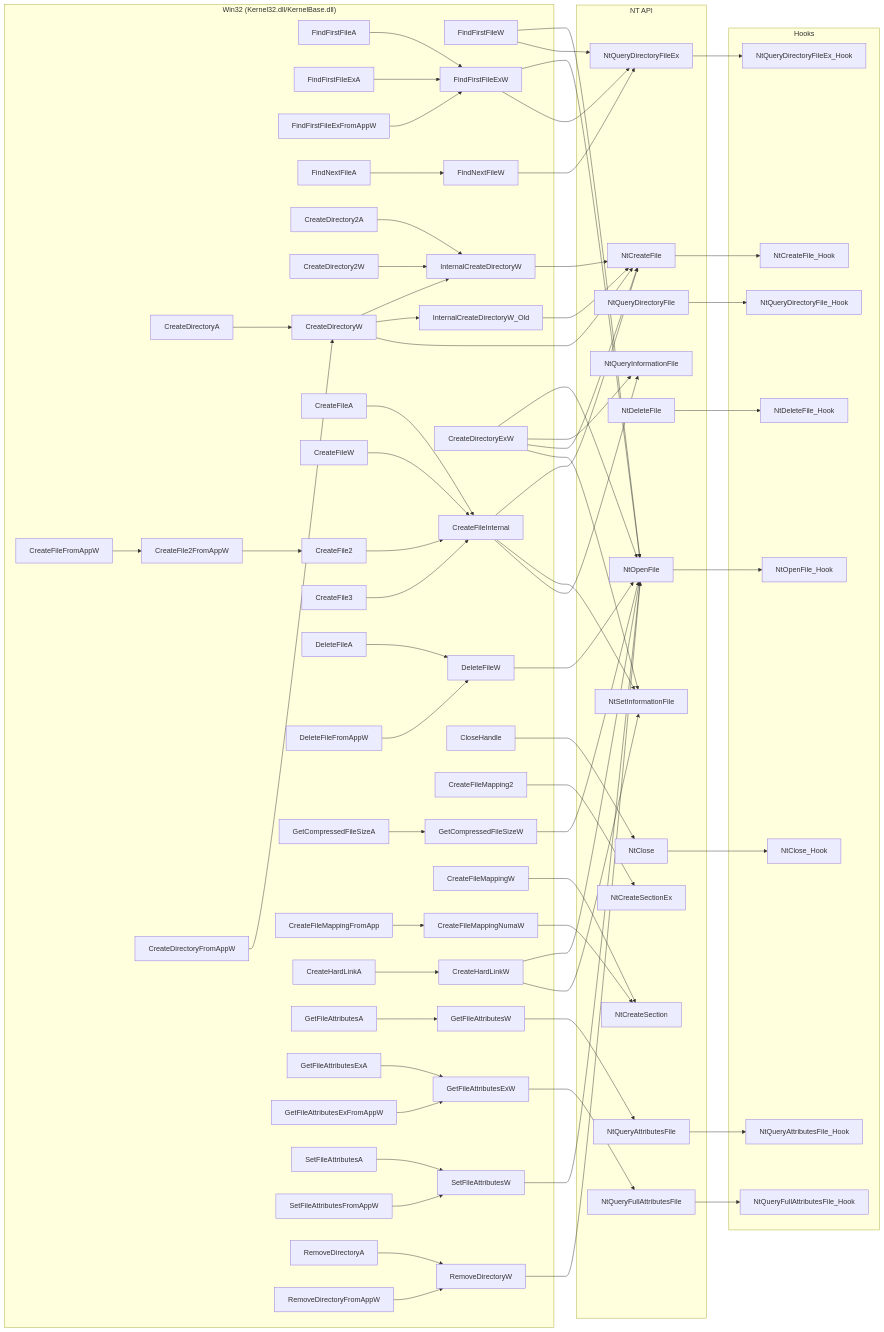
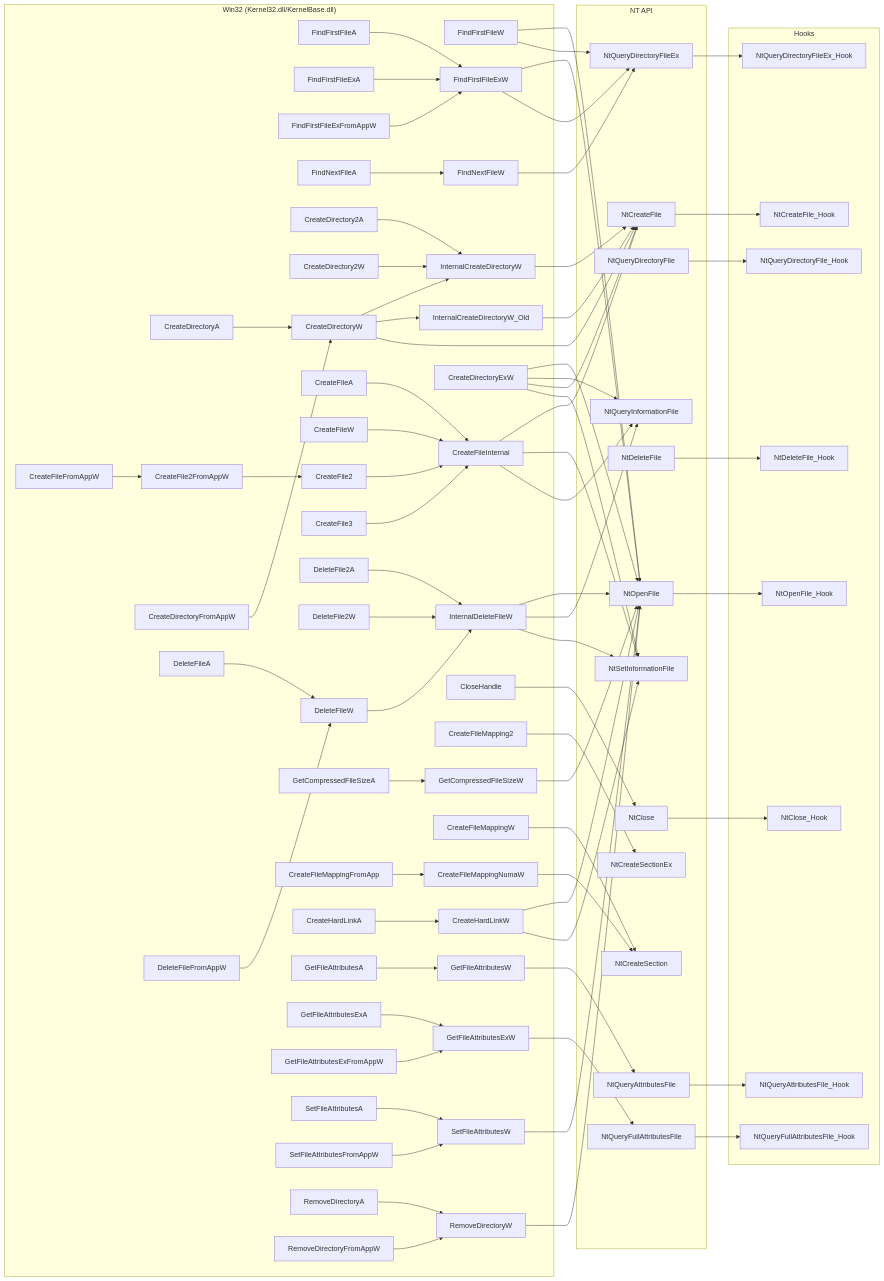
Before and after one commit to Sewer56/vfs-writeup: the diagram in docs/index.md, drawn with Mermaid. The commit also changed other lines of this file, not shown here.

Commit message:
Added: More Internal APIs to Graph

```diff
--- a/docs/index.md
+++ b/docs/index.md
@@ -241,9 +241,12 @@
     CreateFileFromAppW
     CreateDirectoryExW
     CreateDirectoryFromAppW
+    DeleteFile2A
+    DeleteFile2W
     DeleteFileA
     DeleteFileW
     DeleteFileFromAppW
+    InternalDeleteFileW
     GetCompressedFileSizeA
     GetCompressedFileSizeW
     CloseHandle
@@ -286,8 +289,11 @@
     CreateFile2FromAppW --> CreateFile2
     CreateDirectoryFromAppW --> CreateDirectoryW
     CreateFileFromAppW --> CreateFile2FromAppW
+    DeleteFile2A --> InternalDeleteFileW
+    DeleteFile2W --> InternalDeleteFileW
     DeleteFileFromAppW --> DeleteFileW
     DeleteFileA --> DeleteFileW
+    DeleteFileW --> InternalDeleteFileW
     GetCompressedFileSizeA --> GetCompressedFileSizeW
     GetFileAttributesA --> GetFileAttributesW
     GetFileAttributesExA --> GetFileAttributesExW
@@ -331,7 +337,9 @@
     CreateDirectoryExW --> NtQueryInformationFile
     CreateDirectoryExW --> NtCreateFile
     CreateDirectoryExW --> NtSetInformationFile
-    DeleteFileW --> NtOpenFile
+    InternalDeleteFileW --> NtOpenFile
+    InternalDeleteFileW --> NtQueryInformationFile
+    InternalDeleteFileW --> NtSetInformationFile
     RemoveDirectoryW --> NtOpenFile
     GetCompressedFileSizeW --> NtOpenFile
     CloseHandle --> NtClose
```
